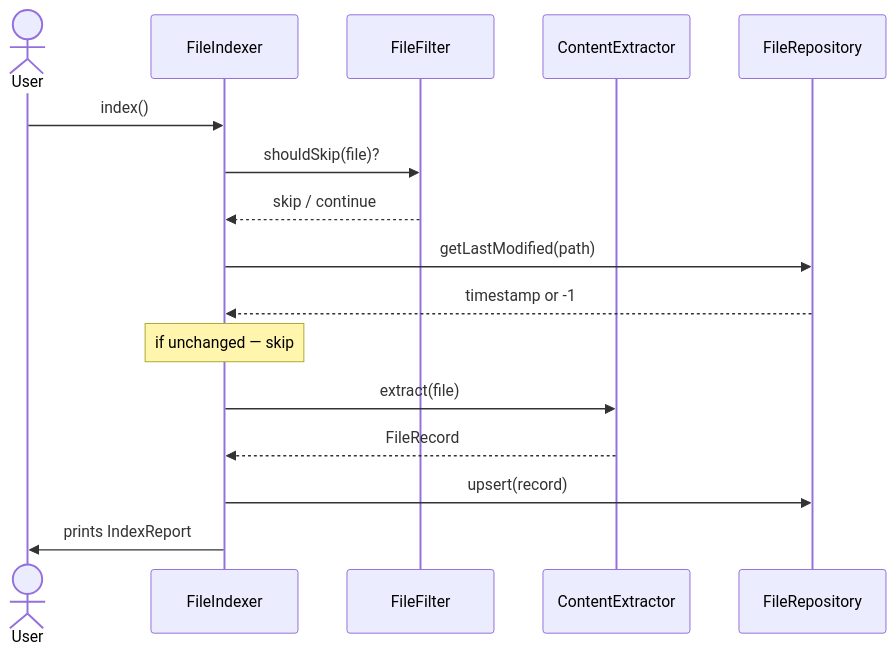
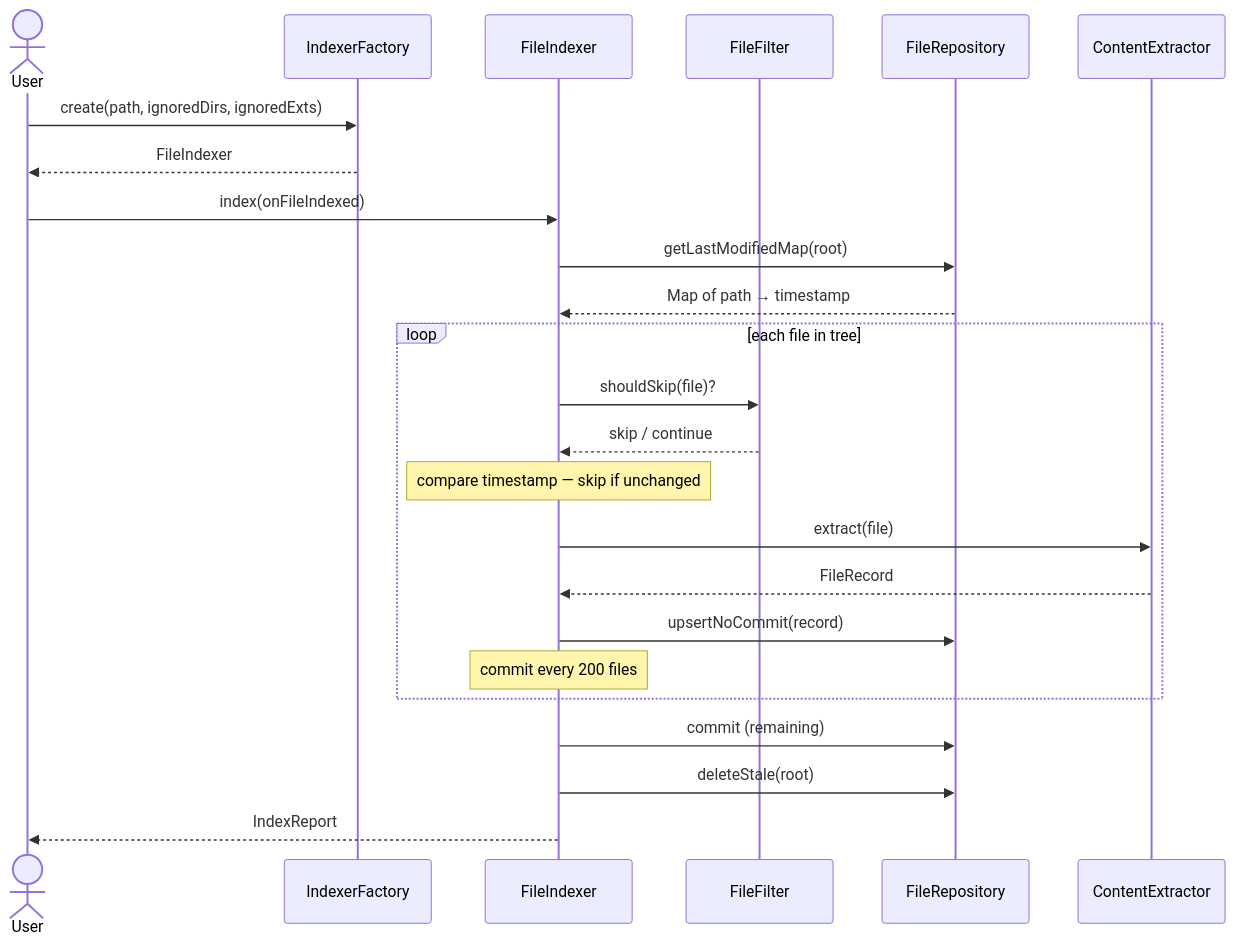
The fifth of 7 diagrams in ARCHITECTURE.md (IonutzHerbil/Search_Engine), drawn with Mermaid before and after one commit. The commit also changed other lines of this file, not shown here.

Commit message:
docs: update ARCHITECTURE.md to match the current structure of the system

````diff
--- a/ARCHITECTURE.md
+++ b/ARCHITECTURE.md
@@ -310,19 +385,27 @@
 ```mermaid
 sequenceDiagram
     actor User
+    participant IndexerFactory
     participant FileIndexer
     participant FileFilter
+    participant FileRepository
     participant ContentExtractor
-    participant FileRepository
 
-    User->>FileIndexer: index()
-    FileIndexer->>FileFilter: shouldSkip(file)?
-    FileFilter-->>FileIndexer: skip / continue
-    FileIndexer->>FileRepository: getLastModified(path)
-    FileRepository-->>FileIndexer: timestamp or -1
-    Note over FileIndexer: if unchanged — skip
-    FileIndexer->>ContentExtractor: extract(file)
-    ContentExtractor-->>FileIndexer: FileRecord
-    FileIndexer->>FileRepository: upsert(record)
-    FileIndexer->>User: prints IndexReport
+    User->>IndexerFactory: create(path, ignoredDirs, ignoredExts)
+    IndexerFactory-->>User: FileIndexer
+    User->>FileIndexer: index(onFileIndexed)
+    FileIndexer->>FileRepository: getLastModifiedMap(root)
+    FileRepository-->>FileIndexer: Map of path → timestamp
+    loop each file in tree
+        FileIndexer->>FileFilter: shouldSkip(file)?
+        FileFilter-->>FileIndexer: skip / continue
+        Note over FileIndexer: compare timestamp — skip if unchanged
+        FileIndexer->>ContentExtractor: extract(file)
+        ContentExtractor-->>FileIndexer: FileRecord
+        FileIndexer->>FileRepository: upsertNoCommit(record)
+        Note over FileIndexer: commit every 200 files
+    end
+    FileIndexer->>FileRepository: commit (remaining)
+    FileIndexer->>FileRepository: deleteStale(root)
+    FileIndexer-->>User: IndexReport
 ```
````
